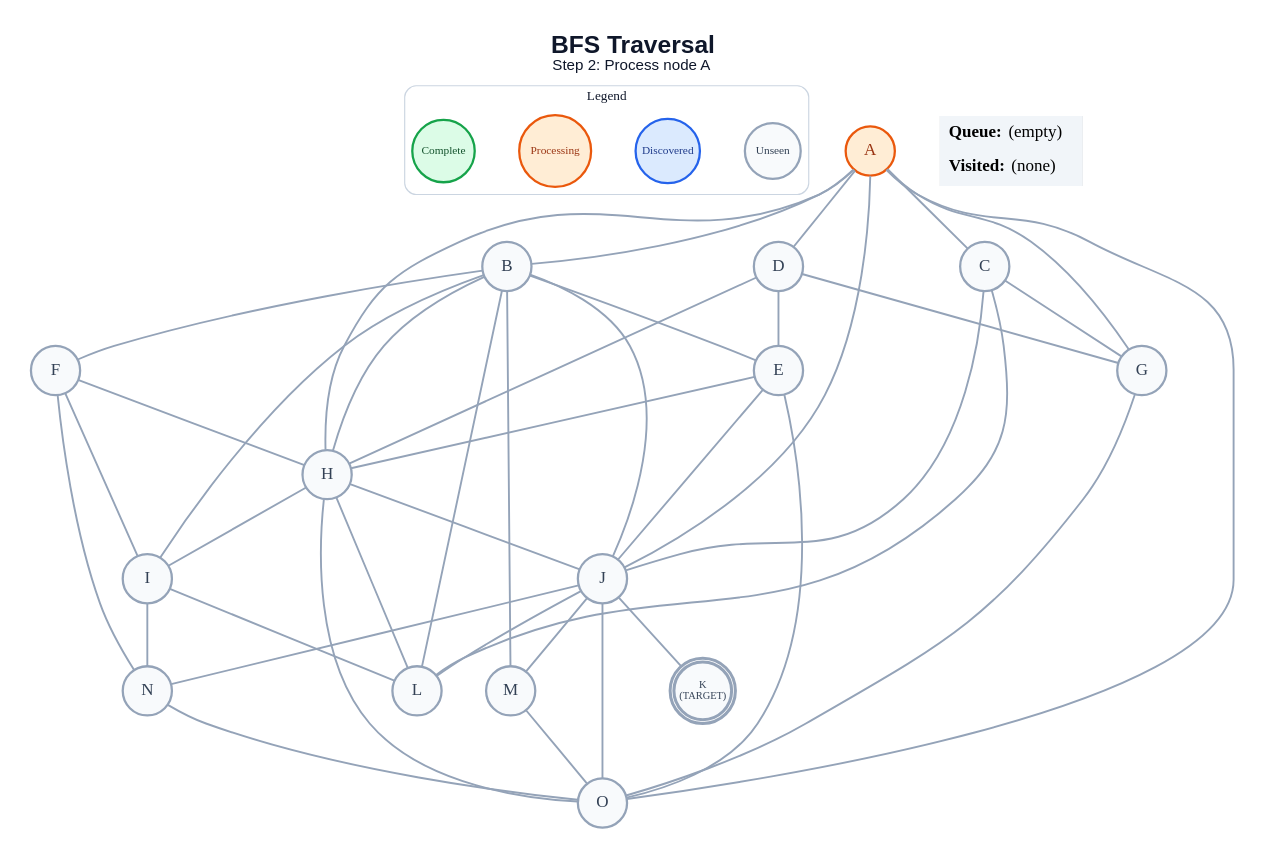
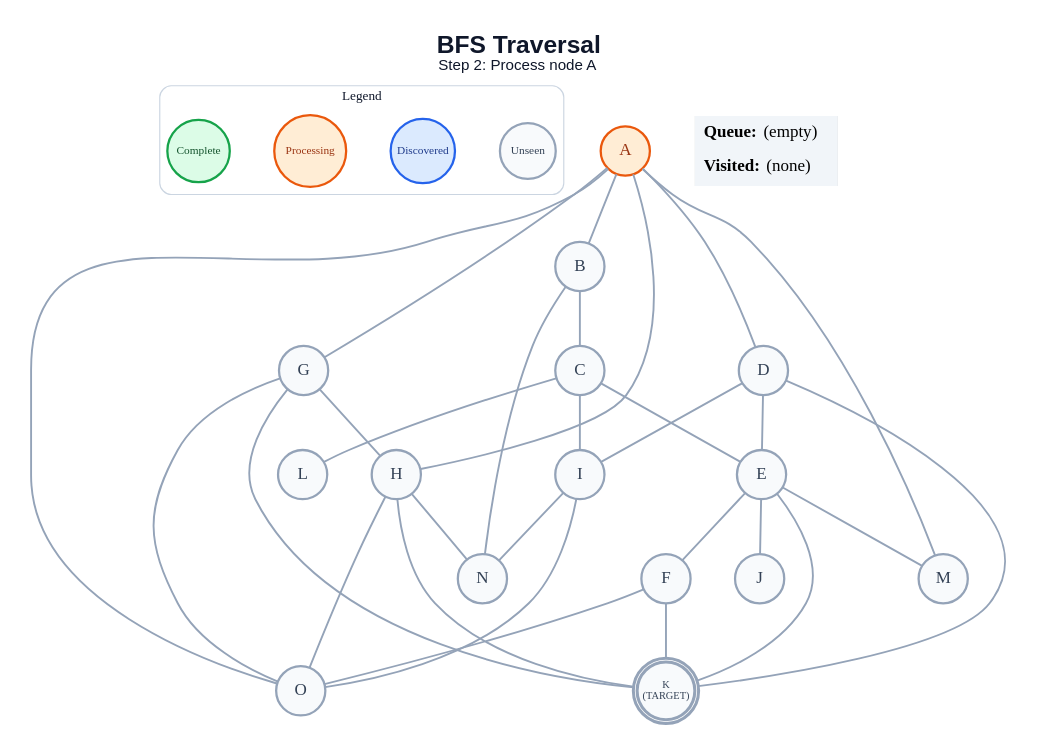
Before and after one commit to anon7238593-create/ai-slop: the diagram in generated/bfs/step_02.dot, drawn with Graphviz. The commit also changed 345 other files, not shown here.

```diff
--- a/generated/bfs/step_02.dot
+++ b/generated/bfs/step_02.dot
@@ -1,74 +1,62 @@
 graph traversal {
   graph [layout=dot, rankdir=TB, bgcolor="#FFFFFF", pad="0.35", nodesep="0.65", ranksep="0.8", fontname="Arial"];
   node [shape=circle, style="filled", fontname="Arial Bold", fontsize=18, width=0.72, fixedsize=true, penwidth=2.4];
   edge [color="#94A3B8", penwidth=2.0];
   label=<<B>BFS Traversal</B><BR/><FONT POINT-SIZE="16">Step 2: Process node A</FONT>>; labelloc="t"; fontsize=26; fontname="Arial"; fontcolor="#0F172A";
   subgraph cluster_legend { label="Legend"; color="#CBD5E1"; penwidth=1.2; style="rounded"; fontsize=14; fontname="Arial Bold";
     key_unseen [label="Unseen", fillcolor="#F8FAFC", color="#94A3B8", fontcolor="#334155", fontsize=12, width=0.82];
     key_frontier [label="Discovered", fillcolor="#DBEAFE", color="#2563EB", fontcolor="#1E3A8A", fontsize=12, width=0.95];
     key_current [label="Processing", fillcolor="#FFEDD5", color="#EA580C", fontcolor="#9A3412", fontsize=12, width=1.05];
     key_done [label="Complete", fillcolor="#DCFCE7", color="#16A34A", fontcolor="#14532D", fontsize=12, width=0.92];
     { rank=same; key_unseen; key_frontier; key_current; key_done; }
   }
   A [label="A", fillcolor="#FFEDD5", color="#EA580C", fontcolor="#9A3412", peripheries=1, penwidth=2.4];
   B [label="B", fillcolor="#F8FAFC", color="#94A3B8", fontcolor="#334155", peripheries=1, penwidth=2.4];
   C [label="C", fillcolor="#F8FAFC", color="#94A3B8", fontcolor="#334155", peripheries=1, penwidth=2.4];
   D [label="D", fillcolor="#F8FAFC", color="#94A3B8", fontcolor="#334155", peripheries=1, penwidth=2.4];
   E [label="E", fillcolor="#F8FAFC", color="#94A3B8", fontcolor="#334155", peripheries=1, penwidth=2.4];
   F [label="F", fillcolor="#F8FAFC", color="#94A3B8", fontcolor="#334155", peripheries=1, penwidth=2.4];
   G [label="G", fillcolor="#F8FAFC", color="#94A3B8", fontcolor="#334155", peripheries=1, penwidth=2.4];
   H [label="H", fillcolor="#F8FAFC", color="#94A3B8", fontcolor="#334155", peripheries=1, penwidth=2.4];
   I [label="I", fillcolor="#F8FAFC", color="#94A3B8", fontcolor="#334155", peripheries=1, penwidth=2.4];
   J [label="J", fillcolor="#F8FAFC", color="#94A3B8", fontcolor="#334155", peripheries=1, penwidth=2.4];
   K [label="K\n(TARGET)", fillcolor="#F8FAFC", color="#94A3B8", fontcolor="#334155", peripheries=2, penwidth=3.2, fontsize=11, width=0.85, height=0.85];
   L [label="L", fillcolor="#F8FAFC", color="#94A3B8", fontcolor="#334155", peripheries=1, penwidth=2.4];
   M [label="M", fillcolor="#F8FAFC", color="#94A3B8", fontcolor="#334155", peripheries=1, penwidth=2.4];
   N [label="N", fillcolor="#F8FAFC", color="#94A3B8", fontcolor="#334155", peripheries=1, penwidth=2.4];
   O [label="O", fillcolor="#F8FAFC", color="#94A3B8", fontcolor="#334155", peripheries=1, penwidth=2.4];
   A -- B;
-  A -- C;
   A -- D;
   A -- G;
   A -- H;
-  A -- J;
+  A -- M;
   A -- O;
-  B -- E;
-  B -- F;
-  B -- H;
-  B -- I;
-  B -- J;
-  B -- L;
-  B -- M;
-  C -- G;
-  C -- J;
+  B -- C;
+  B -- N;
+  C -- E;
+  C -- I;
   C -- L;
   D -- E;
-  D -- G;
-  D -- H;
-  E -- H;
+  D -- I;
+  D -- K;
+  E -- F;
   E -- J;
-  E -- O;
-  F -- H;
-  F -- I;
-  F -- N;
+  E -- K;
+  E -- M;
+  F -- K;
+  F -- O;
+  G -- H;
+  G -- K;
   G -- O;
-  H -- I;
-  H -- J;
-  H -- L;
+  H -- K;
+  H -- N;
   H -- O;
-  I -- L;
   I -- N;
-  J -- K;
-  J -- L;
-  J -- M;
-  J -- N;
-  J -- O;
-  M -- O;
-  N -- O;
+  I -- O;
   status [shape=plain, fixedsize=false, width=0, height=0, margin=0, label=<
     <TABLE BORDER="0" CELLBORDER="0" CELLPADDING="7" BGCOLOR="#F1F5F9">
       <TR><TD ALIGN="LEFT"><B>Queue:</B> (empty)</TD></TR>
       <TR><TD ALIGN="LEFT"><B>Visited:</B> (none)</TD></TR>
     </TABLE>
   >];
 }
```
